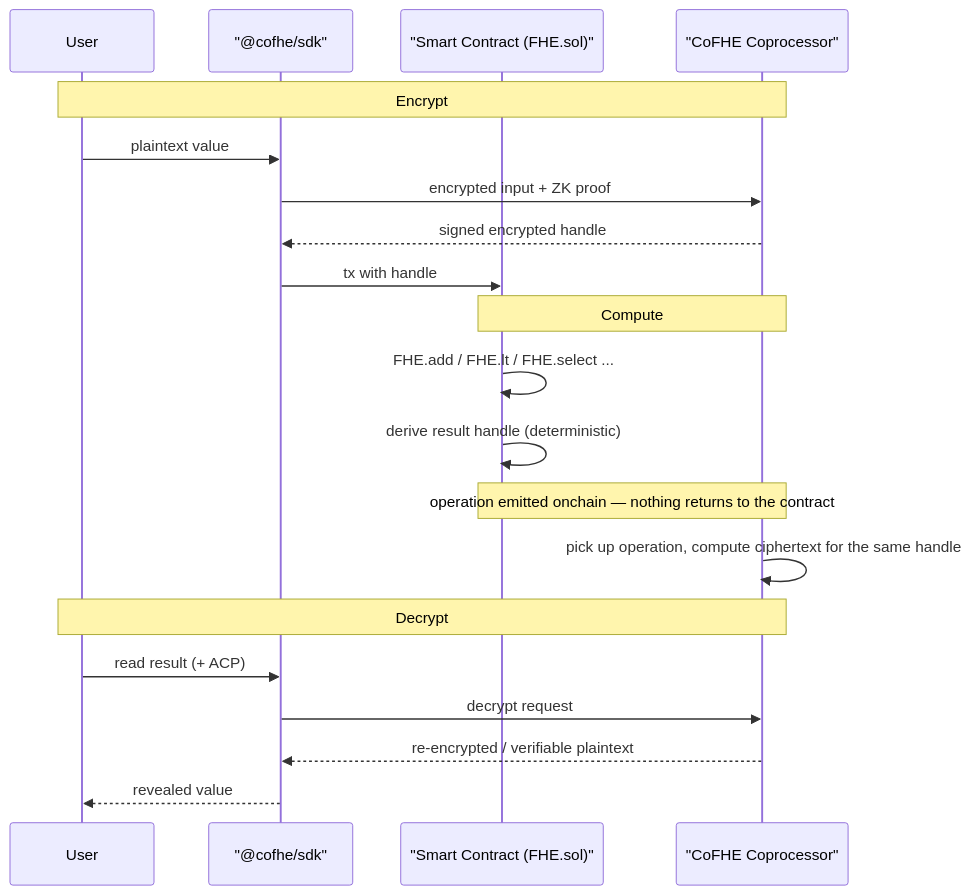
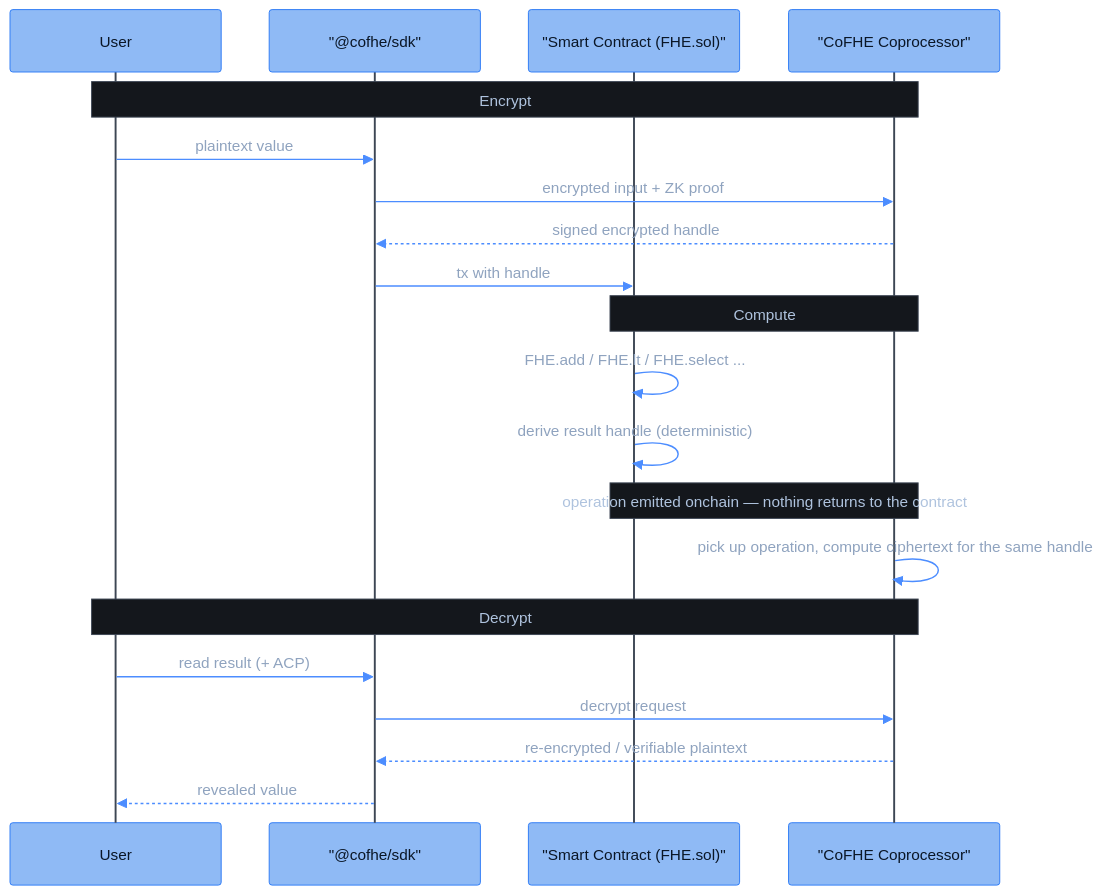
Before and after one commit to FhenixProtocol/fhenix-developer-docs: the diagram in get-started/introduction/what-is-cofhe.mdx, drawn with Mermaid. The commit also changed other lines of this file and 26 other files, not shown here.

First line of the commit message:
Deep Dive rewrite: align every page to the current architecture (#43)

````diff
--- a/get-started/introduction/what-is-cofhe.mdx
+++ b/get-started/introduction/what-is-cofhe.mdx
@@ -50,25 +50,26 @@
 ```mermaid
+%%{init: {"theme": "base", "themeVariables": {"fontFamily": "Menlo, Monaco, Consolas, monospace", "fontSize": "16px", "primaryColor": "#8FBAF5", "primaryBorderColor": "#2E7CF6", "primaryTextColor": "#0A1626", "lineColor": "#4C8DFF", "signalColor": "#4C8DFF", "signalTextColor": "#8FA3BF", "actorBkg": "#8FBAF5", "actorBorder": "#2E7CF6", "actorTextColor": "#0A1626", "actorLineColor": "#3D4654", "noteBkgColor": "#14171C", "noteBorderColor": "#3D4654", "noteTextColor": "#AFC3DE", "activationBkgColor": "#1E3A5F", "activationBorderColor": "#4C8DFF", "clusterBkg": "#14171C", "clusterBorder": "#3D4654", "titleColor": "#E7EAEE", "edgeLabelBackground": "#8FBAF5", "textColor": "#AFC3DE", "labelTextColor": "#E7EAEE", "tertiaryColor": "#14171C", "loopTextColor": "#AFC3DE", "labelBoxBkgColor": "#1E3A5F", "labelBoxBorderColor": "#4C8DFF"}, "sequence": {"actorFontFamily": "Menlo, Monaco, Consolas, monospace", "messageFontFamily": "Menlo, Monaco, Consolas, monospace", "noteFontFamily": "Menlo, Monaco, Consolas, monospace", "width": 220, "actorFontSize": 16, "messageFontSize": 16, "noteFontSize": 15}}}%%
 sequenceDiagram
     participant User
     participant SDK as "@cofhe/sdk"
     participant Contract as "Smart Contract (FHE.sol)"
     participant CoFHE as "CoFHE Coprocessor"
 
     Note over User,CoFHE: Encrypt
     User->>SDK: plaintext value
     SDK->>CoFHE: encrypted input + ZK proof
     CoFHE-->>SDK: signed encrypted handle
     SDK->>Contract: tx with handle
 
     Note over Contract,CoFHE: Compute
     Contract->>Contract: FHE.add / FHE.lt / FHE.select ...
     Contract->>Contract: derive result handle (deterministic)
     Note over Contract,CoFHE: operation emitted onchain — nothing returns to the contract
     CoFHE->>CoFHE: pick up operation, compute ciphertext for the same handle
 
     Note over User,CoFHE: Decrypt
     User->>SDK: read result (+ ACP)
     SDK->>CoFHE: decrypt request
     CoFHE-->>SDK: re-encrypted / verifiable plaintext
     SDK-->>User: revealed value
 ```
````
